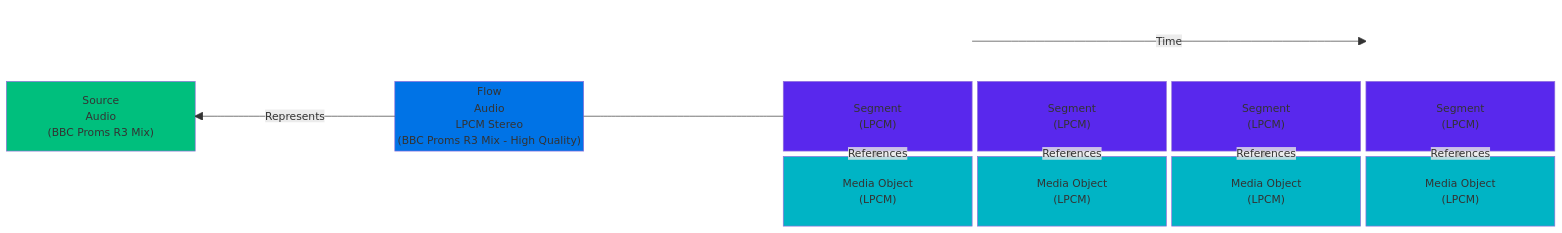
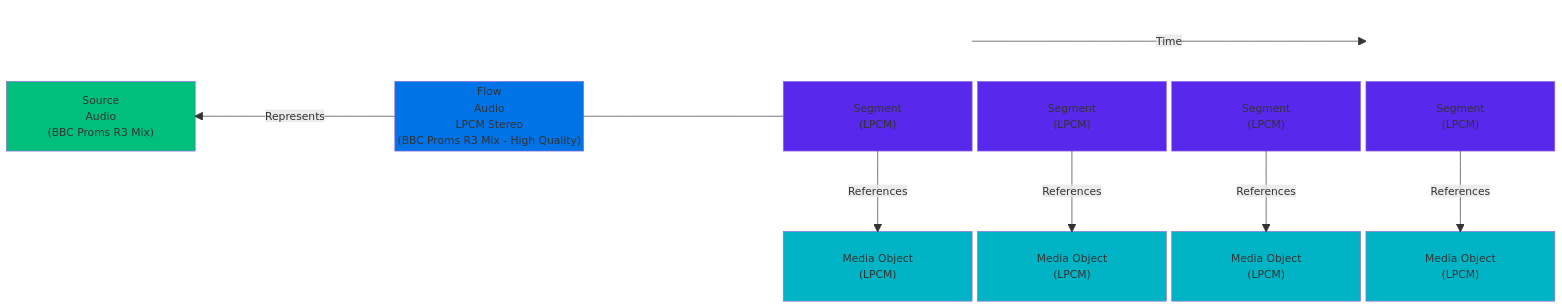
The first of 9 diagrams in docs/appnotes/0001-multi-mono-essence-flows-sources.md (bbc/tams), drawn with Mermaid before and after one commit. The commit also changed other lines of this file, not shown here.

````diff
--- a/docs/appnotes/0001-multi-mono-essence-flows-sources.md
+++ b/docs/appnotes/0001-multi-mono-essence-flows-sources.md
@@ -72,45 +72,45 @@
 ```mermaid
 block-beta
 columns 8
     space:4
     dummy1[" "]
     space:2
     dummy2[" "]
     dummy1 -- "Time" --> dummy2
     style dummy1 fill:none, stroke:transparent;
     style dummy2 fill:none, stroke:transparent;
 
     a_s["Source \n Audio \n (BBC Proms R3 Mix)"]
     space:1
     a_f["Flow \n Audio \n LPCM Stereo \n (BBC Proms R3 Mix - High Quality)"]
     space:1
     a_fs_1["Segment \n (LPCM)"]
     a_fs_2["Segment \n (LPCM)"]
     a_fs_3["Segment \n (LPCM)"]
     a_fs_4["Segment \n (LPCM)"]
     a_f -- "Represents" --> a_s
     a_f --- a_fs_1
 
+    space:8
+
     space:4
     a_mo_1["Media Object \n (LPCM)"]
     a_mo_2["Media Object \n (LPCM)"]
     a_mo_3["Media Object \n (LPCM)"]
     a_mo_4["Media Object \n (LPCM)"]
-
-    space:8
 
     a_fs_1 -- "References" --> a_mo_1
     a_fs_2 -- "References" --> a_mo_2
     a_fs_3 -- "References" --> a_mo_3
     a_fs_4 -- "References" --> a_mo_4
 
     classDef source fill:#00BF7D,color:#000
     classDef flow fill:#0073E6,color:#FFF
     classDef segment fill:#5928ED,color:#FFF
     classDef object fill:#00B4C5,color:#000
 
     class a_s source
     class a_f flow
     class a_fs_1,a_fs_2,a_fs_3,a_fs_4 segment
     class a_mo_1,a_mo_2,a_mo_3,a_mo_4 object
 ```
````
